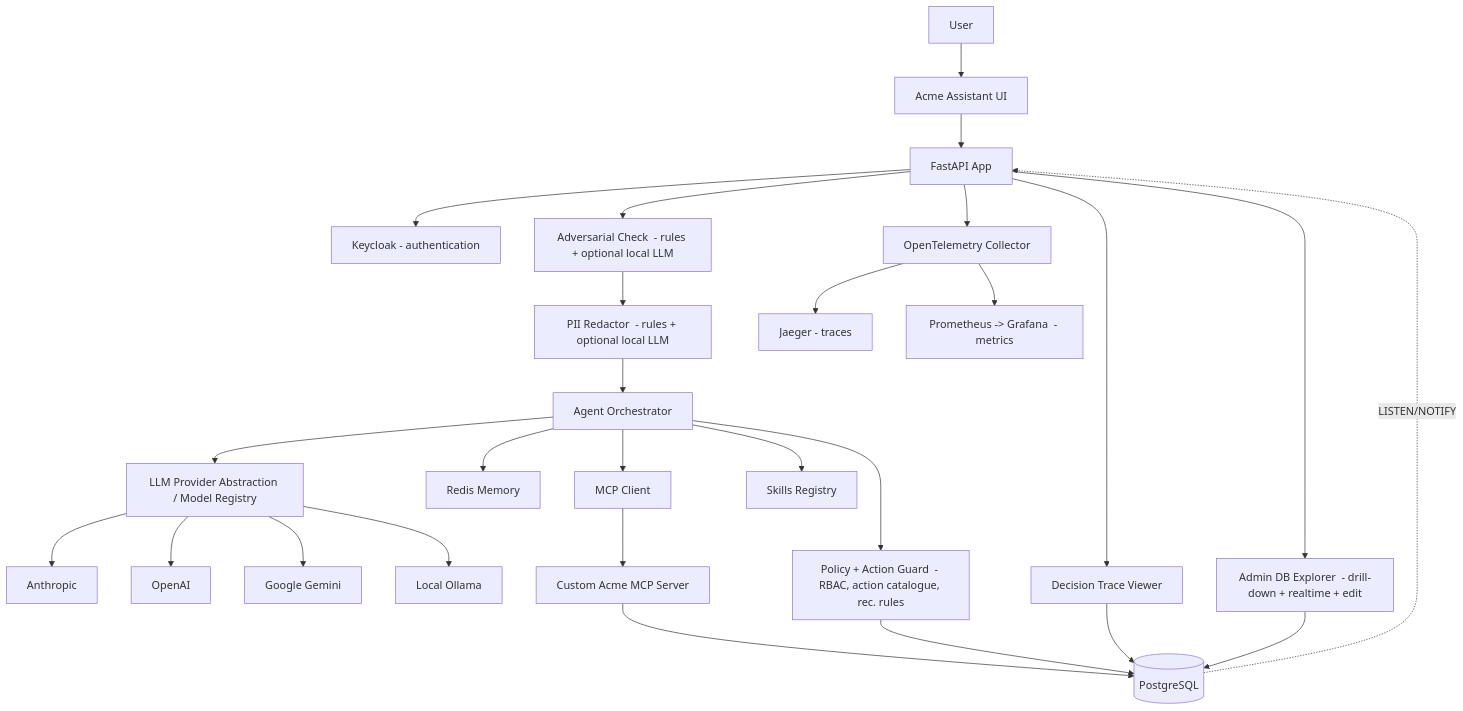
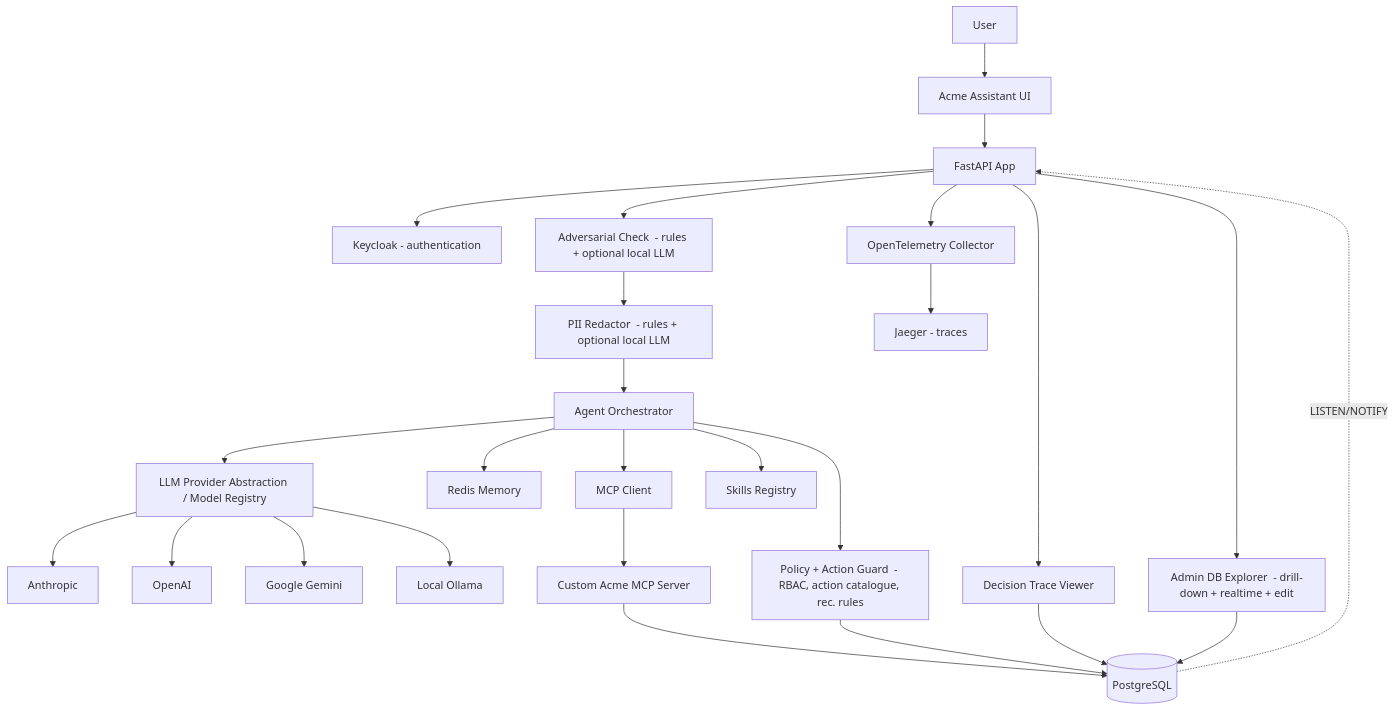
One commit to kvcom/ACME changed the diagram in README.md. Above: the diagram before and after it, drawn with Mermaid. The commit also changed other lines of this file and 74 other files, not shown here.

````diff
--- a/README.md
+++ b/README.md
@@ -61,29 +61,28 @@
 ```mermaid
 flowchart TD
     U[User] --> UI[Acme Assistant UI]
     UI --> API[FastAPI App]
     API --> KC[Keycloak  - authentication]
     API --> ADV[Adversarial Check  - rules + optional local LLM]
     ADV --> PII[PII Redactor  - rules + optional local LLM]
     PII --> AG[Agent Orchestrator]
     AG --> LLM[LLM Provider Abstraction / Model Registry]
     LLM --> ANT[Anthropic]
     LLM --> OAI[OpenAI]
     LLM --> GOO[Google Gemini]
     LLM --> OLL[Local Ollama]
     AG --> REDIS[Redis Memory]
     AG --> MCP[MCP Client]
     MCP --> MCPS[Custom Acme MCP Server]
     MCPS --> PG[(PostgreSQL)]
     AG --> SK[Skills Registry]
     AG --> POL[Policy + Action Guard  - RBAC, action catalogue, rec. rules]
     POL --> PG
     API --> TRACE[Decision Trace Viewer]
     API --> DBX[Admin DB Explorer  - drill-down + realtime + edit]
     API --> OTEL[OpenTelemetry Collector]
     OTEL --> JAEGER[Jaeger  - traces]
-    OTEL --> PROM[Prometheus -> Grafana  - metrics]
     TRACE --> PG
     DBX --> PG
     PG -. LISTEN/NOTIFY .-> API
 ```
````
